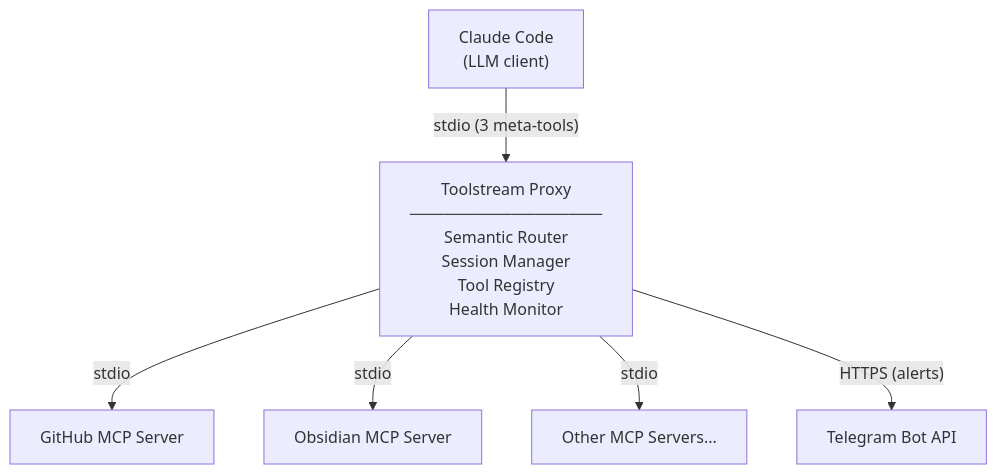
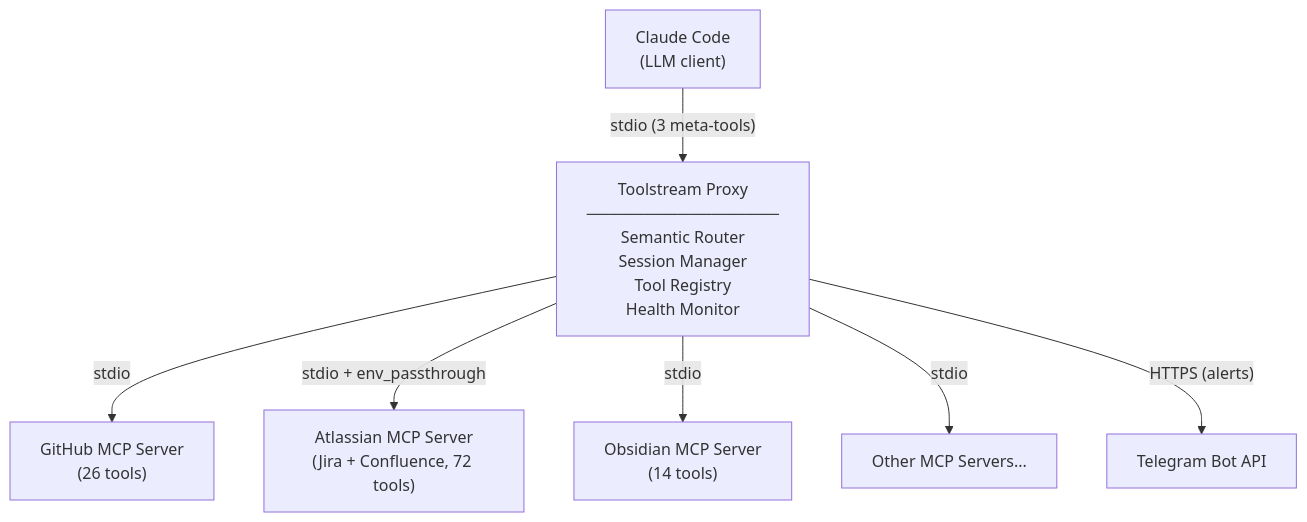
One commit to tylerwilliamwick/toolstream changed the diagram in README.md. Above: the diagram before and after it, drawn with Mermaid. The commit also changed other lines of this file and 4 other files, not shown here.

````diff
--- a/README.md
+++ b/README.md
@@ -14,15 +14,17 @@
 ```mermaid
 flowchart TD
     Client["Claude Code\n(LLM client)"]
     TS["Toolstream Proxy\n─────────────────\nSemantic Router\nSession Manager\nTool Registry\nHealth Monitor"]
-    GH["GitHub MCP Server"]
-    OB["Obsidian MCP Server"]
+    GH["GitHub MCP Server\n(26 tools)"]
+    AT["Atlassian MCP Server\n(Jira + Confluence, 72 tools)"]
+    OB["Obsidian MCP Server\n(14 tools)"]
     OT["Other MCP Servers..."]
     TG["Telegram Bot API"]
 
     Client -- "stdio (3 meta-tools)" --> TS
     TS -- "stdio" --> GH
+    TS -- "stdio + env_passthrough" --> AT
     TS -- "stdio" --> OB
     TS -- "stdio" --> OT
     TS -- "HTTPS (alerts)" --> TG
 ```
````
